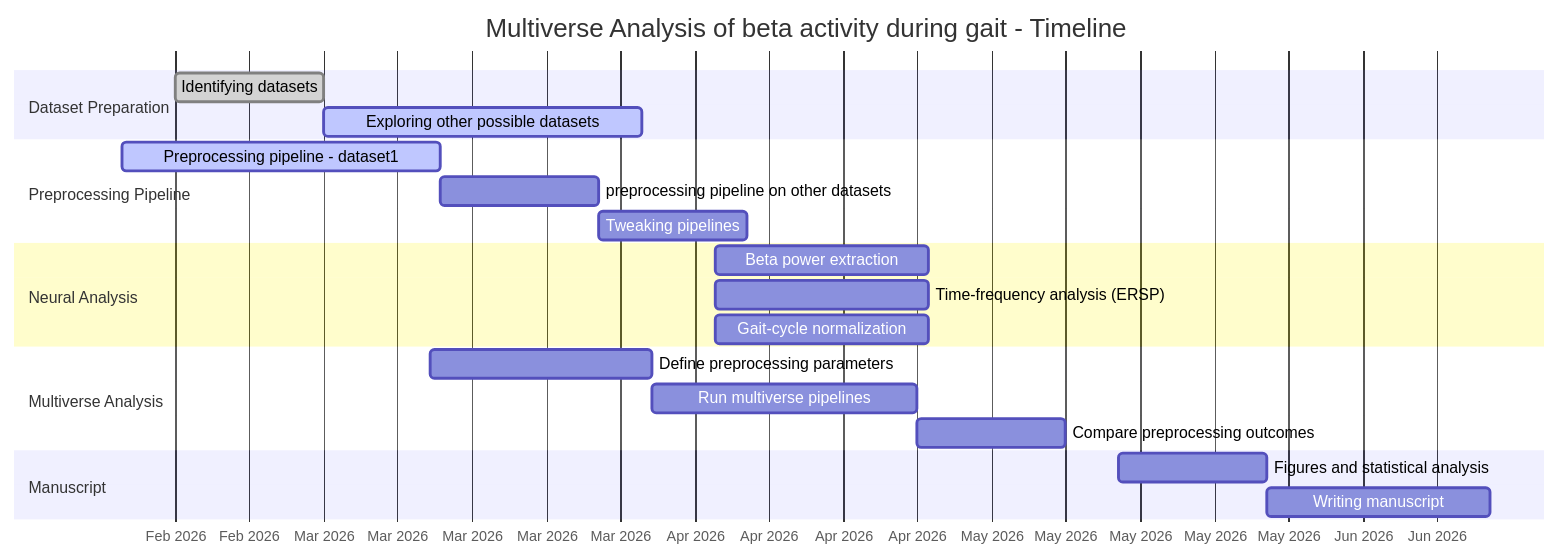
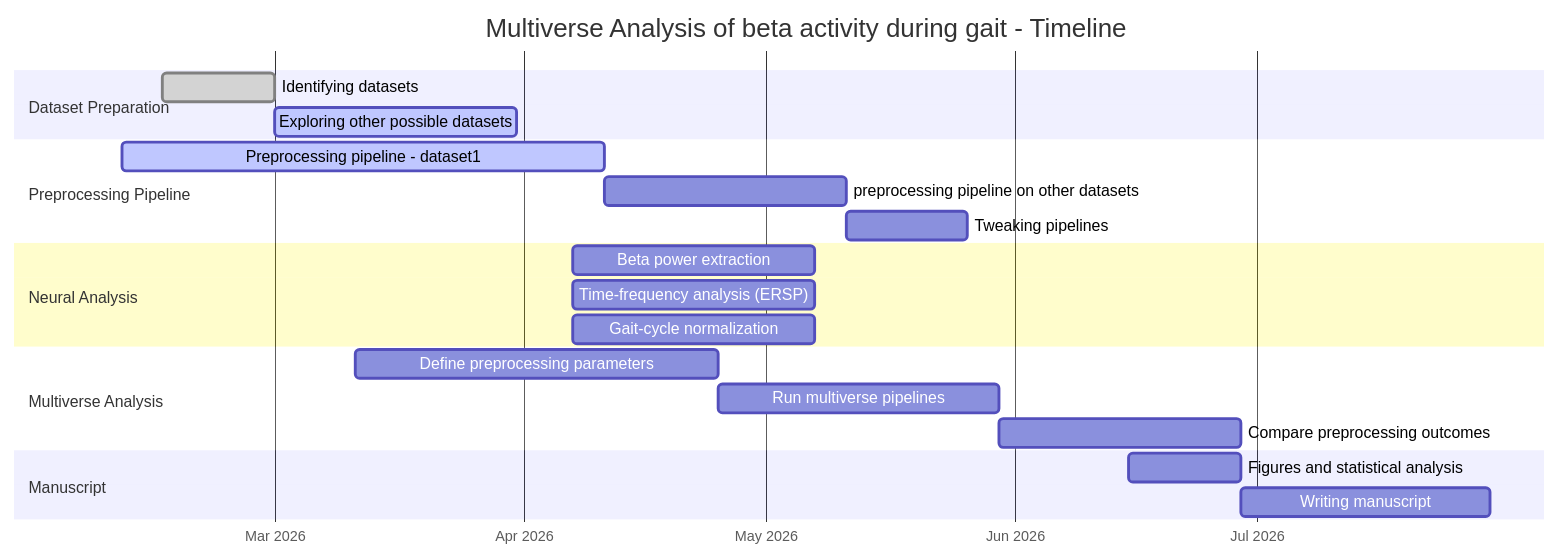
The second of 2 diagrams in readme.md (vaishvd/betaGaitMultiverse), drawn with Mermaid before and after one commit.

Commit message:
Update timelines for preprocessing and analysis tasks

````diff
--- a/readme.md
+++ b/readme.md
@@ -585,29 +585,29 @@
 ```mermaid
 gantt
     title Multiverse Analysis of beta activity during gait - Timeline
     dateFormat  YYYY-MM-DD
     axisFormat  %b %Y
 
     section Dataset Preparation
     Identifying datasets          :done, a1, 2026-02-15, 14d
     Exploring other possible datasets    :active, a2, after a1, 30d
 
     section Preprocessing Pipeline
-    Preprocessing pipeline - dataset1    :active, b1, 2026-02-10, 30d
-    preprocessing pipeline on other datasets       :b2, after b1, 15d
-    Tweaking pipelines          :b3, after b2, 14d
+    Preprocessing pipeline - dataset1    :active, b1, 2026-02-10, 60d
+    preprocessing pipeline on other datasets       :b2, after b1, 30d
+    Tweaking pipelines          :b3, after b2, 15d
 
     section Neural Analysis
-    Beta power extraction               :c1, 2026-04-07, 20d
-    Time-frequency analysis (ERSP)      :c2, 2026-04-07, 20d
-    Gait-cycle normalization            :c3, 2026-04-07, 20d
+    Beta power extraction               :c1, 2026-04-07, 30d
+    Time-frequency analysis (ERSP)      :c2, 2026-04-07, 30d
+    Gait-cycle normalization            :c3, 2026-04-07, 30d
 
     section Multiverse Analysis
-    Define preprocessing parameters     :d1, 2026-03-11, 21d
-    Run multiverse pipelines            :d2, after d1, 25d
-    Compare preprocessing outcomes      :d3, after d2, 14d
+    Define preprocessing parameters     :d1, 2026-03-11, 45d
+    Run multiverse pipelines            :d2, after d1, 35d
+    Compare preprocessing outcomes      :d3, after d2, 30d
 
     section Manuscript
-    Figures and statistical analysis    :e1, 2026-05-15, 14d
-    Writing manuscript                  :e2, after e1, 21d
+    Figures and statistical analysis    :e1, 2026-06-15, 14d
+    Writing manuscript                  :e2, after e1, 31d
 ```
````
